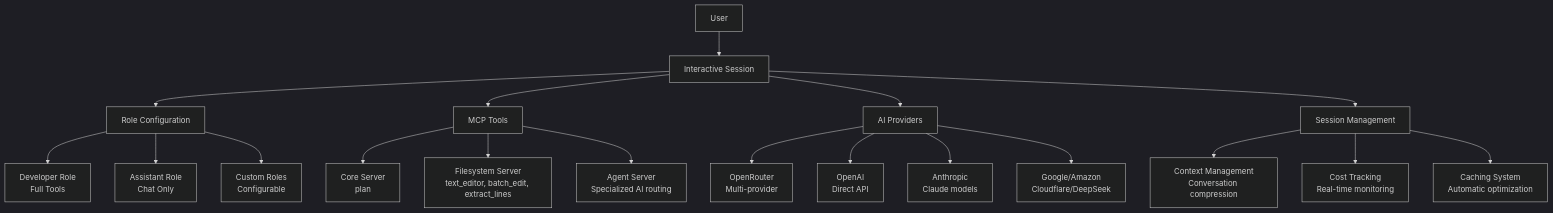
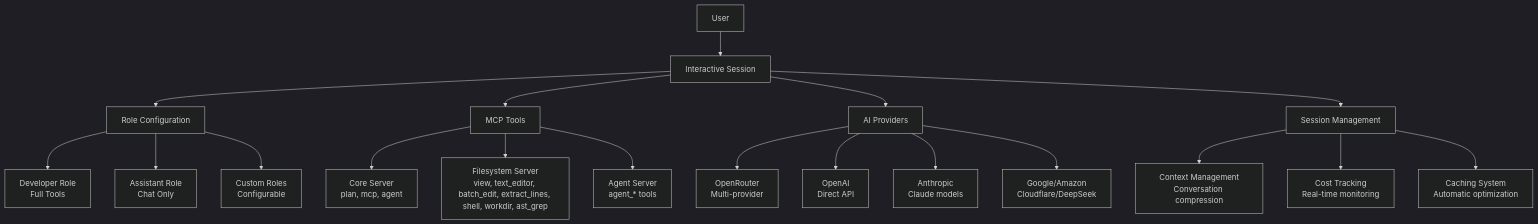
One commit to Muvon/octomind changed the diagram in doc/02-overview.md. Above: the diagram before and after it, drawn with Mermaid (dark theme). The commit also changed other lines of this file and 13 other files, not shown here.

````diff
--- a/doc/02-overview.md
+++ b/doc/02-overview.md
@@ -18,25 +18,25 @@
 ```mermaid
 graph TB
     A[User] --> B[Interactive Session]
     B --> C[Role Configuration]
     B --> D[MCP Tools]
     B --> E[AI Providers]
     B --> F[Session Management]
 
     C --> G[Developer Role<br/>Full Tools]
     C --> H[Assistant Role<br/>Chat Only]
     C --> I[Custom Roles<br/>Configurable]
 
-    D --> J[Core Server<br/>plan]
-    D --> K[Filesystem Server<br/>text_editor, batch_edit, extract_lines]
-    D --> L[Agent Server<br/>Specialized AI routing]
+    D --> J[Core Server<br/>plan, mcp, agent]
+    D --> K[Filesystem Server<br/>view, text_editor, batch_edit, extract_lines, shell, workdir, ast_grep]
+    D --> L[Agent Server<br/>agent_* tools]
 
     E --> M[OpenRouter<br/>Multi-provider]
     E --> N[OpenAI<br/>Direct API]
     E --> O[Anthropic<br/>Claude models]
     E --> P[Google/Amazon<br/>Cloudflare/DeepSeek]
 
     F --> Q[Context Management<br/>Conversation compression]
     F --> R[Cost Tracking<br/>Real-time monitoring]
     F --> S[Caching System<br/>Automatic optimization]
 ```
````
